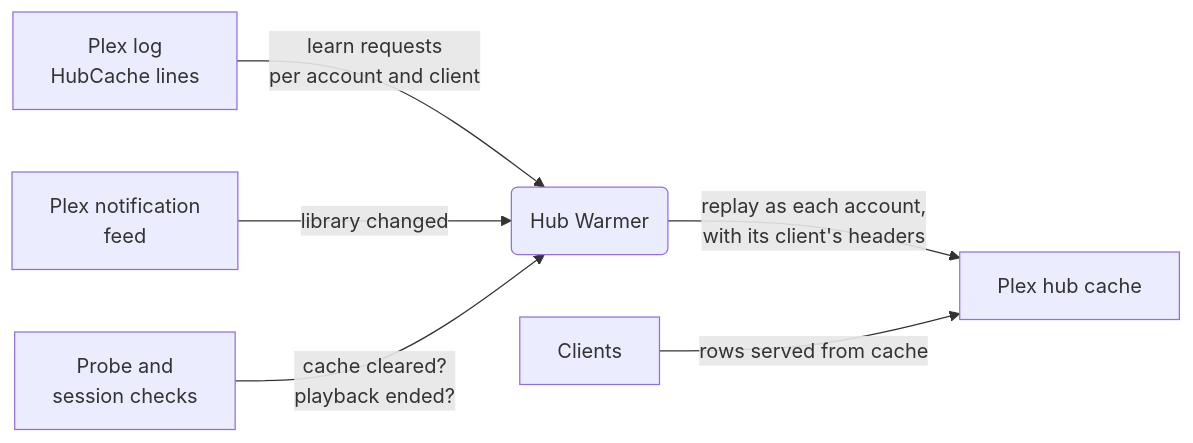
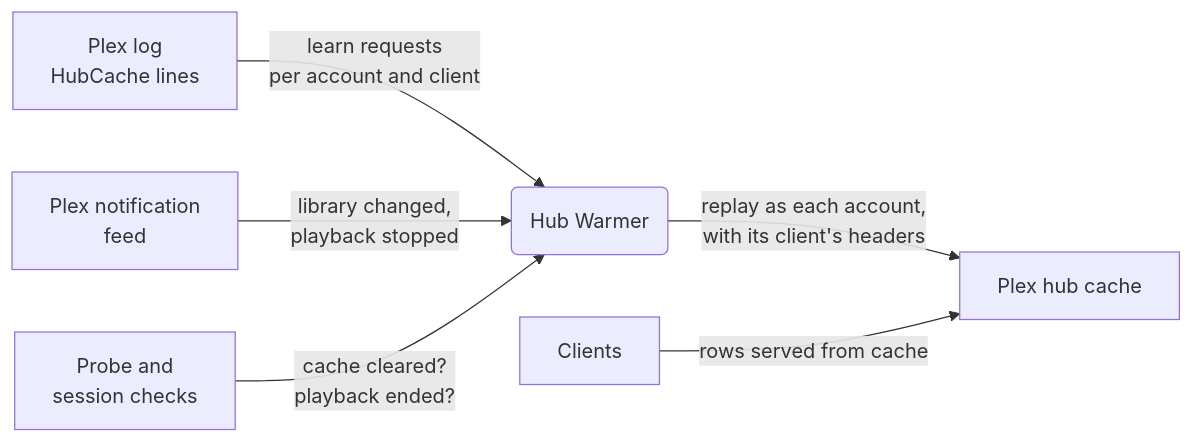
The diagram in README.md (quinneydavid/hub-warmer), drawn with Mermaid before and after one commit. The commit also changed other lines of this file and 11 other files, not shown here.

````diff
--- a/README.md
+++ b/README.md
@@ -116,8 +120,8 @@
 ```mermaid
 flowchart LR
   A[Plex log<br/>HubCache lines] -->|learn requests<br/>per account and client| W(Hub Warmer)
-  N[Plex notification<br/>feed] -->|library changed| W
+  N[Plex notification<br/>feed] -->|library changed,<br/>playback stopped| W
   P[Probe and<br/>session checks] -->|cache cleared?<br/>playback ended?| W
   W -->|replay as each account,<br/>with its client's headers| X[Plex hub cache]
   U[Clients] -->|rows served from cache| X
 ```
````
